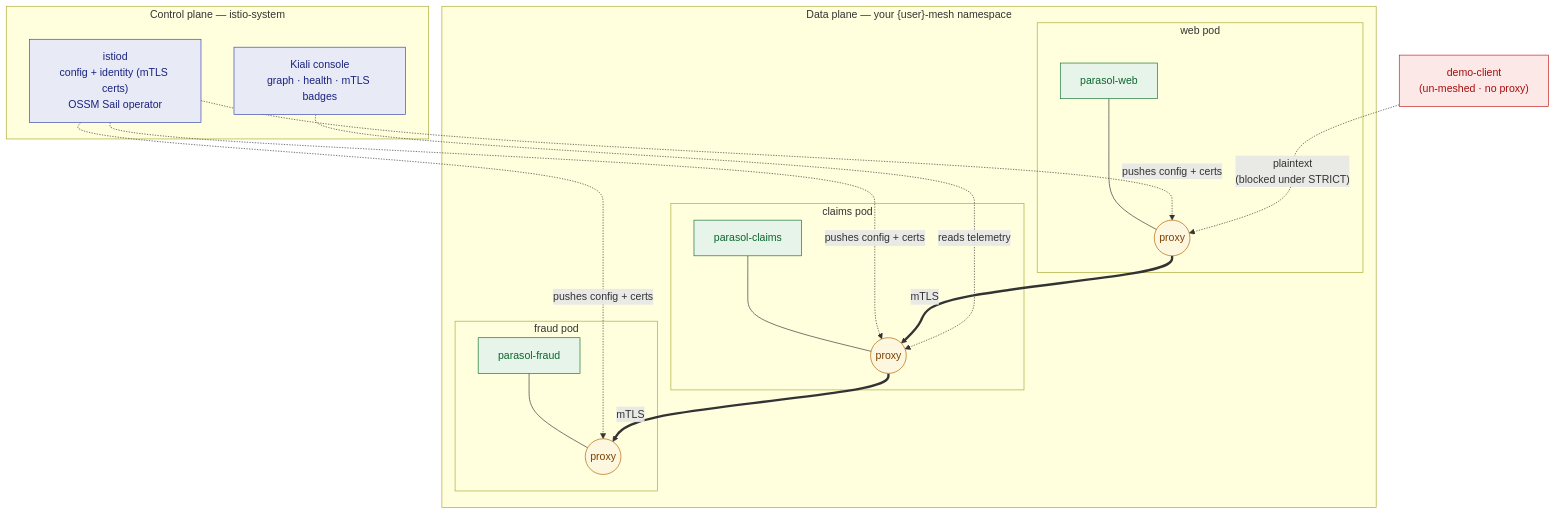
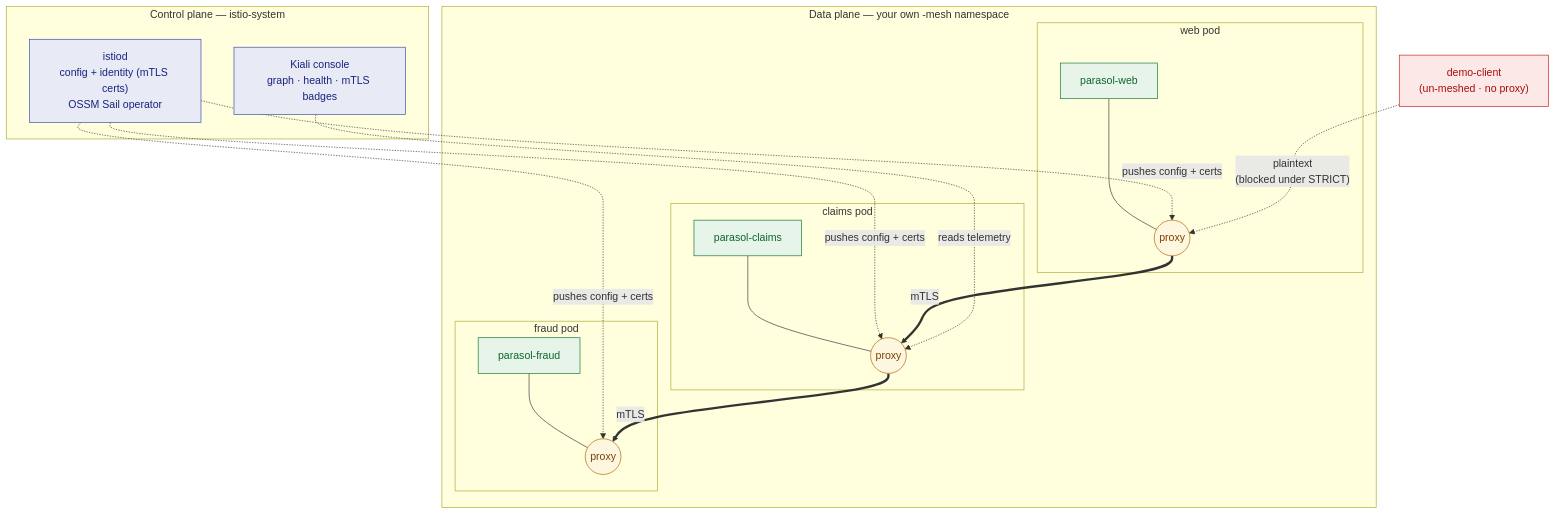
The diagram in content/modules/ROOT/examples/diagrams/service-mesh-advanced-gateways/01-mesh-architecture.mmd (serhat-dirik/OCP-Getting-Started-Revamped), drawn with Mermaid before and after one commit. The commit also changed 10 other files, not shown here.

First line of the commit message:
fix(diagrams): five diagrams have been showing attendees literal {user} since 18 Jul

```diff
--- a/content/modules/ROOT/examples/diagrams/service-mesh-advanced-gateways/01-mesh-architecture.mmd
+++ b/content/modules/ROOT/examples/diagrams/service-mesh-advanced-gateways/01-mesh-architecture.mmd
@@ -1,29 +1,29 @@
 graph TB
   subgraph cp["Control plane — istio-system"]
     istiod["istiod<br/>config + identity (mTLS certs)<br/>OSSM Sail operator"]
     kiali["Kiali console<br/>graph · health · mTLS badges"]
   end
-  subgraph mesh["Data plane — your {user}-mesh namespace"]
+  subgraph mesh["Data plane — your own -mesh namespace"]
     subgraph webpod["web pod"]
       web["parasol-web"] --- wsc(("proxy"))
     end
     subgraph claimspod["claims pod"]
       claims["parasol-claims"] --- csc(("proxy"))
     end
     subgraph fraudpod["fraud pod"]
       fraud["parasol-fraud"] --- fsc(("proxy"))
     end
   end
   client["demo-client<br/>(un-meshed · no proxy)"]
   istiod -.->|"pushes config + certs"| wsc
   istiod -.->|"pushes config + certs"| csc
   istiod -.->|"pushes config + certs"| fsc
   wsc ==>|"mTLS"| csc
   csc ==>|"mTLS"| fsc
   client -.->|"plaintext<br/>(blocked under STRICT)"| wsc
   kiali -.->|"reads telemetry"| csc
   classDef cp fill:#e8eaf6,stroke:#3949ab,color:#1a237e;
   classDef app fill:#e6f4ea,stroke:#137333,color:#0d652d;
   classDef proxy fill:#fef7e0,stroke:#b06000,color:#7a4100;
   classDef ext fill:#fce8e6,stroke:#c5221f,color:#a50e0e;
   class istiod,kiali cp; class web,claims,fraud app; class wsc,csc,fsc proxy; class client ext;
```
